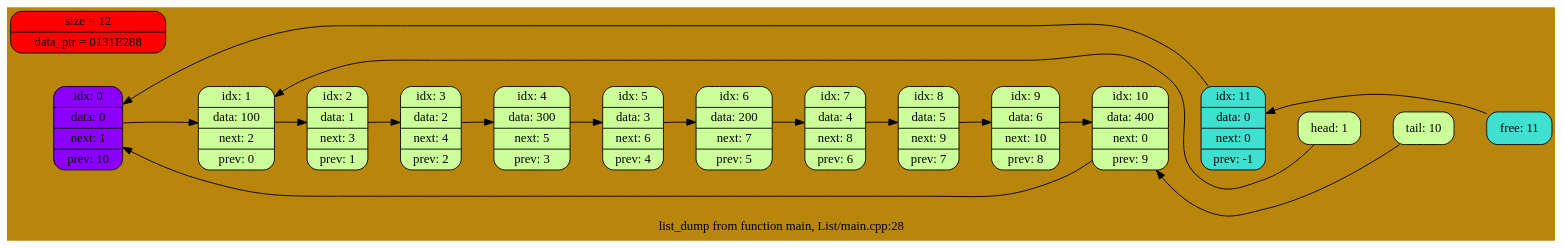
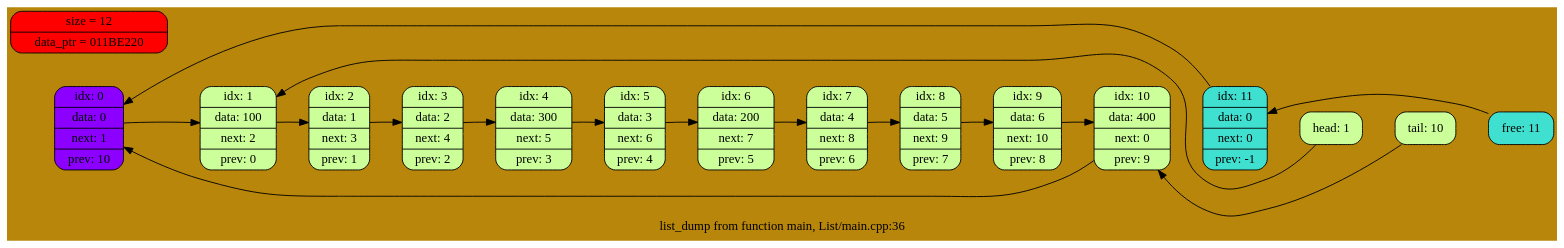
Before and after one commit to EntryFrager/Lists: the diagram in dump.dot, drawn with Graphviz. The commit also changed 5 other files, not shown here.

```diff
--- a/dump.dot
+++ b/dump.dot
@@ -1,37 +1,37 @@
 digraph List {
 	rankdir = LR;
 	node [shape = record];
 	bgcolor = "#B8860B";
 	0 -> 0 -> 1 -> 2 -> 3 -> 4 -> 5 -> 6 -> 7 -> 8 -> 9 -> 10 -> 11 -> head -> tail -> free[arrowsize = 0.0, weight = 10000, color = "#B8860B"];
 	0 [shape = Mrecord, style = filled, fillcolor = "#8B00FF", label = "idx: 0 | data: 0 | next: 1 | prev: 10"];
 	1 [shape = Mrecord, style = filled, fillcolor = "#ccff99", label = "idx: 1 | data: 100 | next: 2 | prev: 0"];
 	2 [shape = Mrecord, style = filled, fillcolor = "#ccff99", label = "idx: 2 | data: 1 | next: 3 | prev: 1"];
 	3 [shape = Mrecord, style = filled, fillcolor = "#ccff99", label = "idx: 3 | data: 2 | next: 4 | prev: 2"];
 	4 [shape = Mrecord, style = filled, fillcolor = "#ccff99", label = "idx: 4 | data: 300 | next: 5 | prev: 3"];
 	5 [shape = Mrecord, style = filled, fillcolor = "#ccff99", label = "idx: 5 | data: 3 | next: 6 | prev: 4"];
 	6 [shape = Mrecord, style = filled, fillcolor = "#ccff99", label = "idx: 6 | data: 200 | next: 7 | prev: 5"];
 	7 [shape = Mrecord, style = filled, fillcolor = "#ccff99", label = "idx: 7 | data: 4 | next: 8 | prev: 6"];
 	8 [shape = Mrecord, style = filled, fillcolor = "#ccff99", label = "idx: 8 | data: 5 | next: 9 | prev: 7"];
 	9 [shape = Mrecord, style = filled, fillcolor = "#ccff99", label = "idx: 9 | data: 6 | next: 10 | prev: 8"];
 	10 [shape = Mrecord, style = filled, fillcolor = "#ccff99", label = "idx: 10 | data: 400 | next: 0 | prev: 9"];
 	11 [shape = Mrecord, style = filled, fillcolor = "#40E0D0", label = "idx: 11 | data: 0 | next: 0 | prev: -1"];
 	head [shape = Mrecord, style = filled, fillcolor = "#ccff99", label = "head: 1"];
 	tail [shape = Mrecord, style = filled, fillcolor = "#ccff99", label = "tail: 10"];
 	free [shape = Mrecord, style = filled, fillcolor = "#40E0D0", label = "free: 11"];
 	0 -> 1
 	1 -> 2
 	2 -> 3
 	3 -> 4
 	4 -> 5
 	5 -> 6
 	6 -> 7
 	7 -> 8
 	8 -> 9
 	9 -> 10
 	10 -> 0
 	11 -> 0
 	head -> 1
 	tail -> 10
 	free -> 11
-	label = "list_dump from function main, List/main.cpp:28";
-	All[shape = Mrecord, style = filled, fillcolor = "#ff0000", label = "size = 12 | data_ptr = 0131E288"];}
+	label = "list_dump from function main, List/main.cpp:36";
+	All[shape = Mrecord, style = filled, fillcolor = "#ff0000", label = "size = 12 | data_ptr = 011BE220"];}
```
